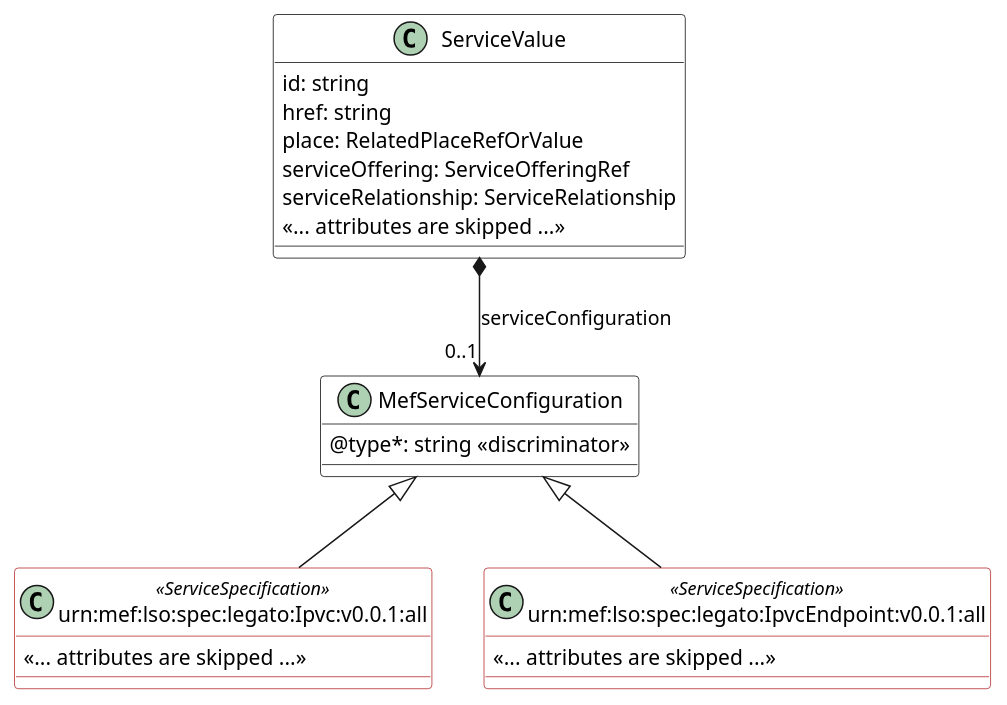
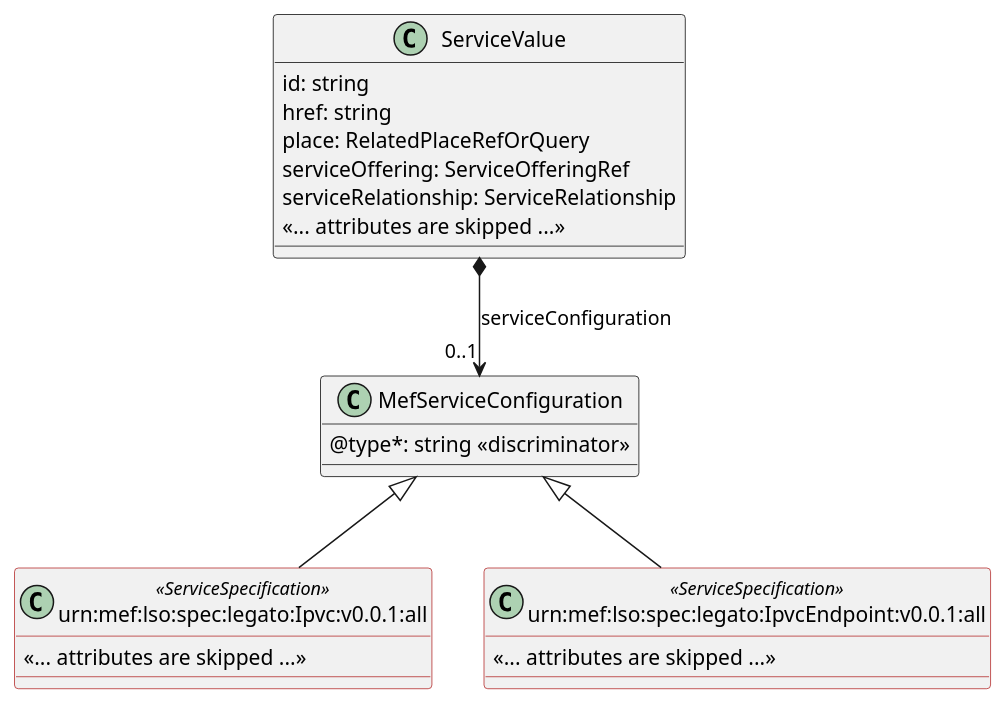
The diagram in documentation/serviceApi/inventory/media/src/extensionPattern.puml (MEF-GIT/MEF-LSO-Legato-SDK), drawn with PlantUML before and after one commit. The commit also changed 712 other files, not shown here.

```diff
--- a/documentation/serviceApi/inventory/media/src/extensionPattern.puml
+++ b/documentation/serviceApi/inventory/media/src/extensionPattern.puml
@@ -1,41 +1,40 @@
 @startuml
 skinparam {
-    ClassBackgroundColor White
     ClassBorderColor Black
     ClassBorderColor<<ServiceSpecification>> FireBrick
 }
 set namespaceSeparator none
 
 class ServiceValue {
 
     id: string 
     href: string 
-    place: RelatedPlaceRefOrValue
+    place: RelatedPlaceRefOrQuery
     serviceOffering: ServiceOfferingRef
     serviceRelationship: ServiceRelationship
     <<... attributes are skipped ...>>
 }
 
 
 class MefServiceConfiguration {
     @type*: string <<discriminator>>
 }
 
 
 ServiceValue *-->"0..1" MefServiceConfiguration : serviceConfiguration
 
 class urn:mef:lso:spec:legato:Ipvc:v0.0.1:all <<ServiceSpecification>> {
 
     <<... attributes are skipped ...>>
 }
 MefServiceConfiguration <|-- "urn:mef:lso:spec:legato:Ipvc:v0.0.1:all"
 
 
 
 class urn:mef:lso:spec:legato:IpvcEndpoint:v0.0.1:all <<ServiceSpecification>> {
 
     <<... attributes are skipped ...>>
 }
 MefServiceConfiguration <|-- "urn:mef:lso:spec:legato:IpvcEndpoint:v0.0.1:all"
 
 @enduml
```
